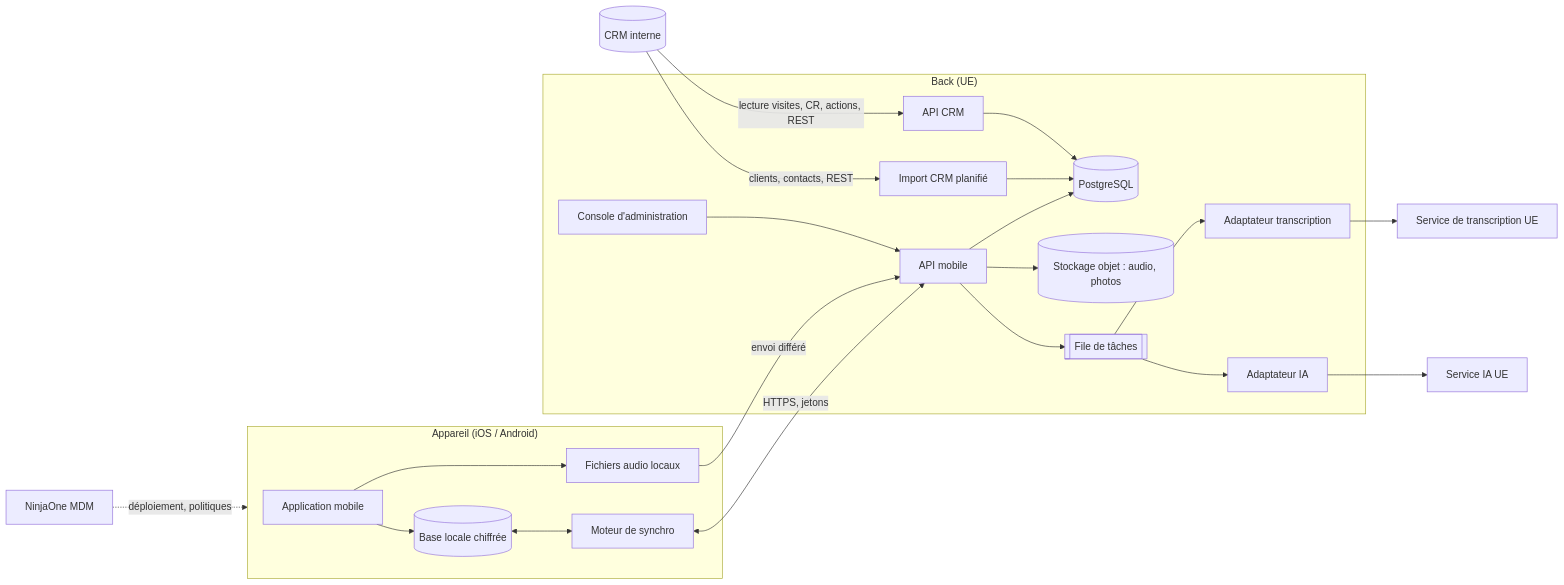
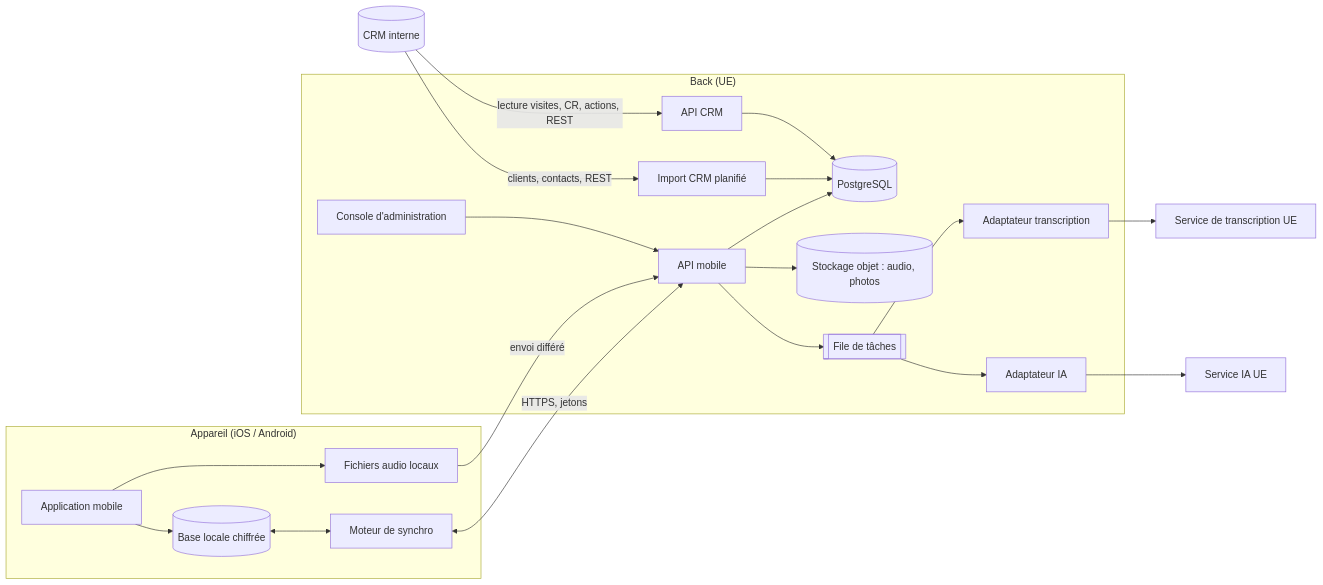
One commit to d9-197/visites-commerciales changed the diagram in docs/ARCHITECTURE.md. Above: the diagram before and after it, drawn with Mermaid. The commit also changed other lines of this file and 2 other files, not shown here.

First line of the commit message:
docs: architecture mise à jour (serveur Docker interne, MDM hors périmètre)

````diff
--- a/docs/ARCHITECTURE.md
+++ b/docs/ARCHITECTURE.md
@@ -18,25 +18,24 @@
 ```mermaid
 flowchart LR
   subgraph Appareil["Appareil (iOS / Android)"]
     UI[Application mobile] --> DB[(Base locale chiffrée)]
     UI --> AUD[Fichiers audio locaux]
     DB <--> SYNC[Moteur de synchro]
   end
   SYNC <-->|HTTPS, jetons| API[API mobile]
   AUD -->|envoi différé| API
   subgraph Back["Back (UE)"]
     API --> PG[(PostgreSQL)]
     API --> OBJ[(Stockage objet : audio, photos)]
     API --> Q[[File de tâches]]
     Q --> TR[Adaptateur transcription]
     Q --> LLM[Adaptateur IA]
     CRMIN[Import CRM planifié] --> PG
     CRMAPI[API CRM] --> PG
     ADM[Console d'administration] --> API
   end
   CRM[(CRM interne)] -->|clients, contacts, REST| CRMIN
   CRM -->|lecture visites, CR, actions, REST| CRMAPI
   TR --> STT[Service de transcription UE]
   LLM --> AI[Service IA UE]
-  NINJA[NinjaOne MDM] -.déploiement, politiques.-> Appareil
 ```
````
